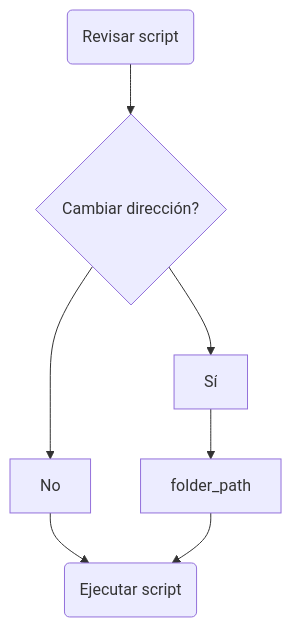
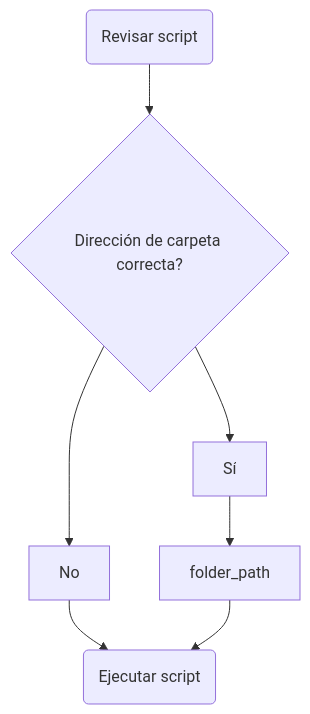
Before and after one commit to Omphalos99/histo-internet-col: the second of 2 diagrams in _entrevistas/Flujo_metodologico_entrevistas.md, drawn with Mermaid. The commit also changed other lines of this file and 26 other files, not shown here.

````diff
--- a/_entrevistas/Flujo_metodologico_entrevistas.md
+++ b/_entrevistas/Flujo_metodologico_entrevistas.md
@@ -25,9 +38,17 @@
 ```mermaid
+
 flowchart TD
-A(Revisar script) --> B{Cambiar dirección?}
+
+A(Revisar script) --> B{Dirección de carpeta correcta?}
+
 B --> C[Sí]
+
 C --> F[folder_path]
+
 B -->D[No]
+
 D -->E(Ejecutar script)
+
 F -->E
+
 ```
````
